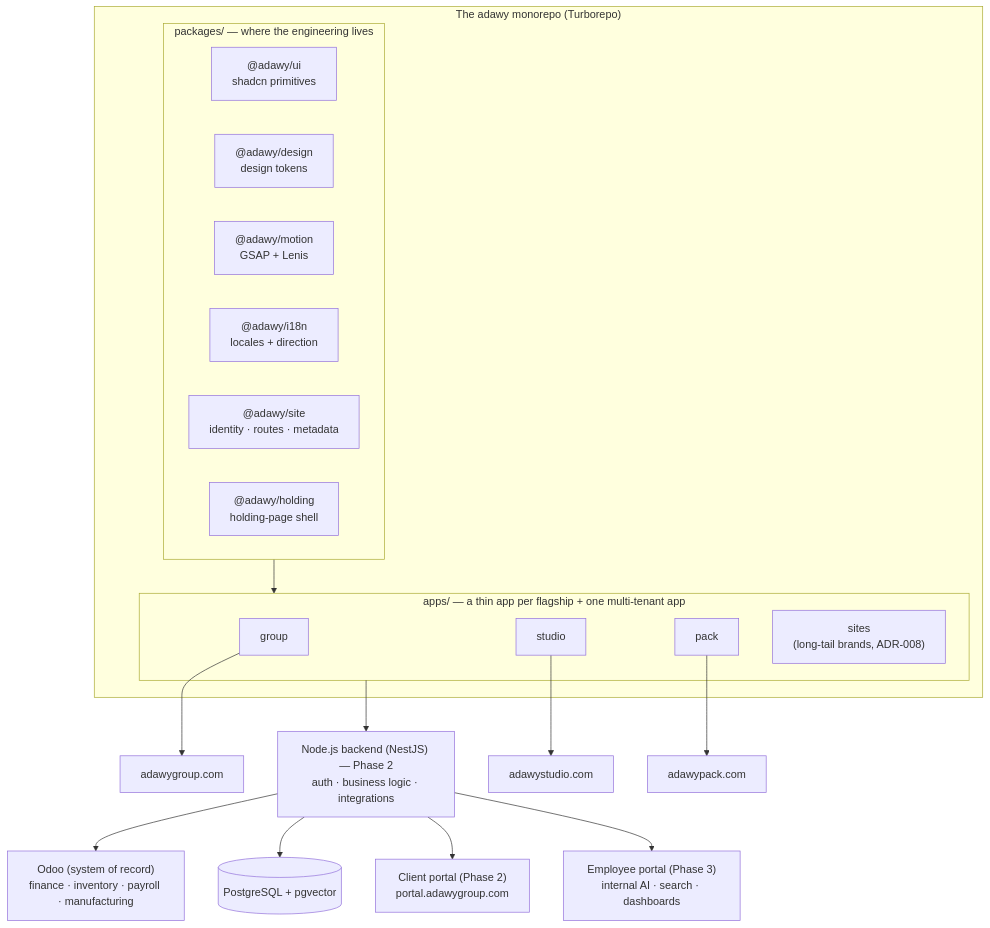
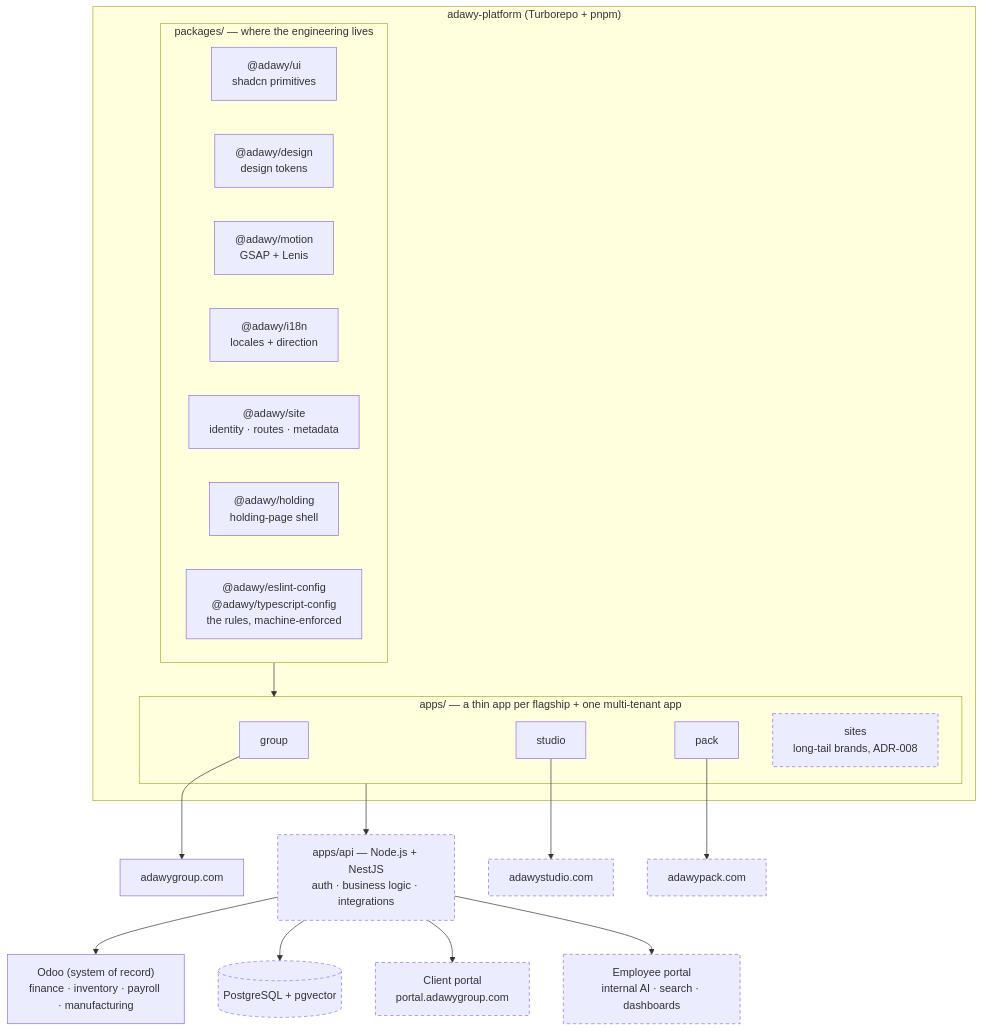
One commit to Adawy-Group/adawy-technical-docs changed the diagram in content/architecture/index.mdx. Above: the diagram before and after it, drawn with Mermaid. The commit also changed other lines of this file and 64 other files, not shown here.

````diff
--- a/content/architecture/index.mdx
+++ b/content/architecture/index.mdx
@@ -12,28 +17,32 @@
 ```mermaid
 flowchart TD
-    subgraph MONO["The adawy monorepo (Turborepo)"]
+    subgraph MONO["adawy-platform (Turborepo + pnpm)"]
         subgraph PKGS["packages/ — where the engineering lives"]
-            UI["@adawy/ui\nshadcn primitives"]
-            TW["@adawy/design\ndesign tokens"]
-            MO["@adawy/motion\nGSAP + Lenis"]
-            IN["@adawy/i18n\nlocales + direction"]
-            SEOP["@adawy/site\nidentity · routes · metadata"]
-            UT["@adawy/holding\nholding-page shell"]
+            UI["@adawy/ui<br/>shadcn primitives"]
+            TW["@adawy/design<br/>design tokens"]
+            MO["@adawy/motion<br/>GSAP + Lenis"]
+            IN["@adawy/i18n<br/>locales + direction"]
+            SEOP["@adawy/site<br/>identity · routes · metadata"]
+            UT["@adawy/holding<br/>holding-page shell"]
+            LINT["@adawy/eslint-config<br/>@adawy/typescript-config<br/>the rules, machine-enforced"]
         end
         subgraph APPS["apps/ — a thin app per flagship + one multi-tenant app"]
             G["group"]
             S["studio"]
             P["pack"]
-            N["sites\n(long-tail brands, ADR-008)"]
+            N["sites<br/>long-tail brands, ADR-008"]
         end
         PKGS --> APPS
     end
     G --> DG["adawygroup.com"]
     S --> DS["adawystudio.com"]
     P --> DP["adawypack.com"]
-    APPS --> BE["Node.js backend (NestJS) — Phase 2\nauth · business logic · integrations"]
-    BE --> ODOO["Odoo (system of record)\nfinance · inventory · payroll · manufacturing"]
+    APPS --> BE["apps/api — Node.js + NestJS<br/>auth · business logic · integrations"]
+    BE --> ODOO["Odoo (system of record)<br/>finance · inventory · payroll · manufacturing"]
     BE --> DB[("PostgreSQL + pgvector")]
-    BE --> PORTAL["Client portal (Phase 2)\nportal.adawygroup.com"]
-    BE --> EMP["Employee portal (Phase 3)\ninternal AI · search · dashboards"]
+    BE --> PORTAL["Client portal<br/>portal.adawygroup.com"]
+    BE --> EMP["Employee portal<br/>internal AI · search · dashboards"]
+
+    classDef planned stroke-dasharray: 5 4;
+    class N,BE,DB,PORTAL,EMP,DS,DP planned;
 ```
````
